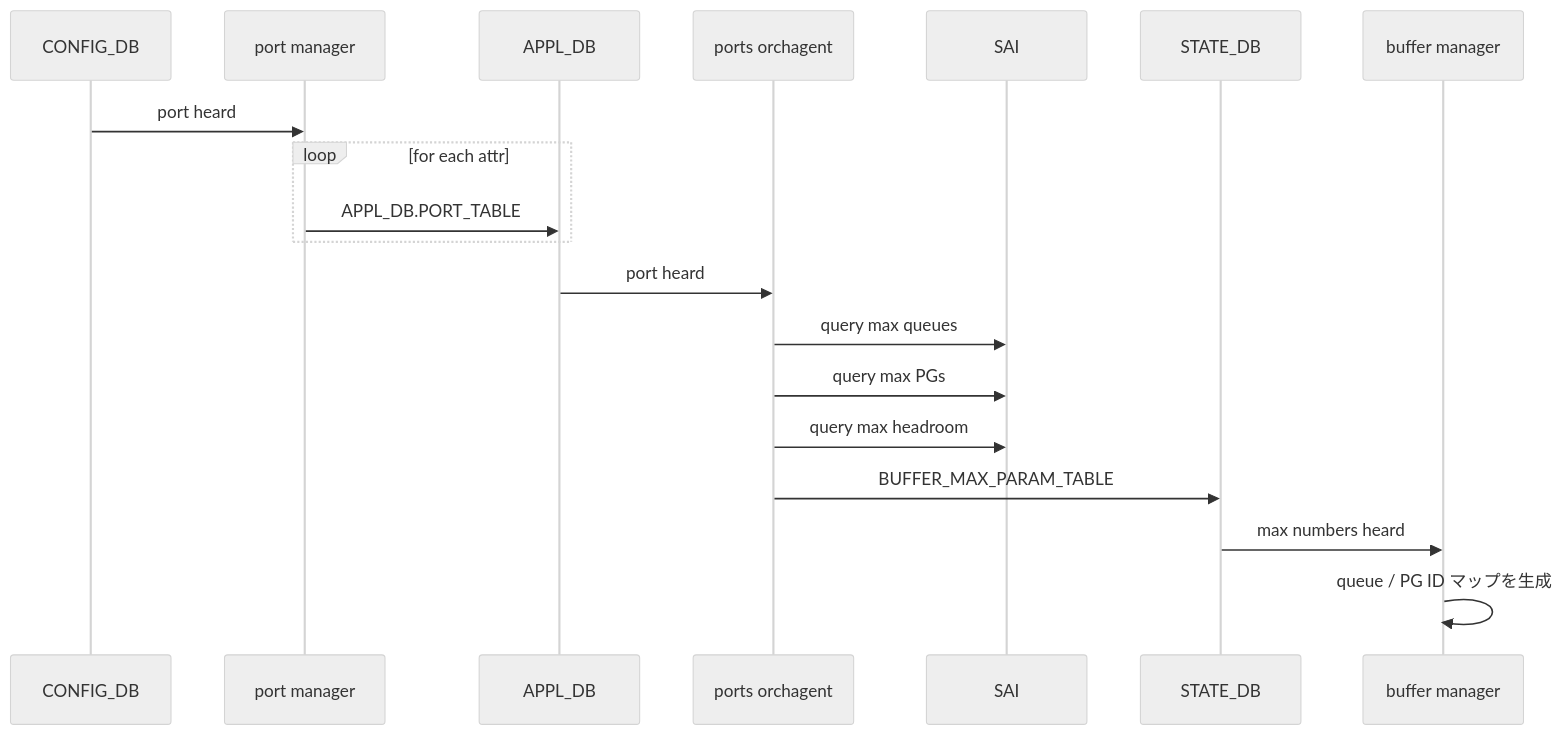
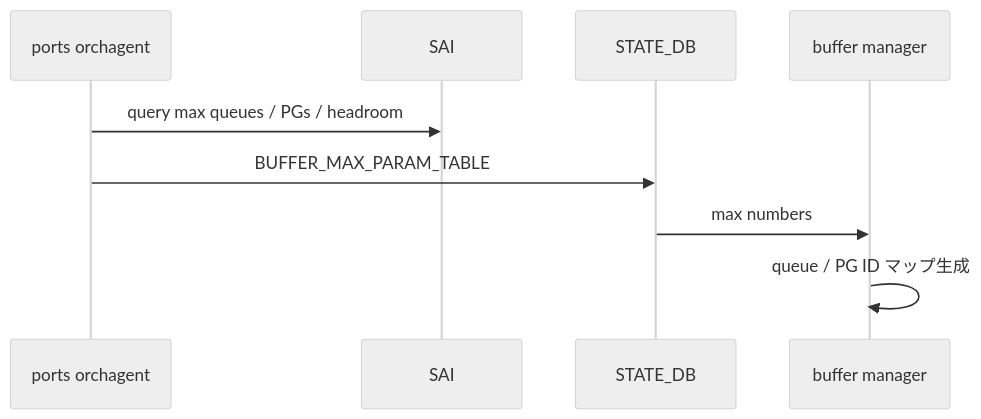
One commit to aoki-taquan/sonic-unofficial-docs changed the third of 4 diagrams in docs/acl-qos/reclaim-reserved-buffer-sequence-flow.md. Above: the diagram before and after it, drawn with Mermaid (neutral theme). The commit also changed other lines of this file and 10 other files, not shown here.

````diff
--- a/docs/acl-qos/reclaim-reserved-buffer-sequence-flow.md
+++ b/docs/acl-qos/reclaim-reserved-buffer-sequence-flow.md
@@ -165,21 +98,11 @@
 ```mermaid
 sequenceDiagram
-    participant CDB as CONFIG_DB
-    participant PM as port manager
-    participant ADB as APPL_DB
     participant PO as ports orchagent
     participant SAI
     participant SDB as STATE_DB
     participant BM as buffer manager
-    CDB->>PM: port heard
-    loop for each attr
-        PM->>ADB: APPL_DB.PORT_TABLE
-    end
-    ADB->>PO: port heard
-    PO->>SAI: query max queues
-    PO->>SAI: query max PGs
-    PO->>SAI: query max headroom
+    PO->>SAI: query max queues / PGs / headroom
     PO->>SDB: BUFFER_MAX_PARAM_TABLE
-    SDB->>BM: max numbers heard
-    BM->>BM: queue / PG ID マップを生成
+    SDB->>BM: max numbers
+    BM->>BM: queue / PG ID マップ生成
 ```
````
